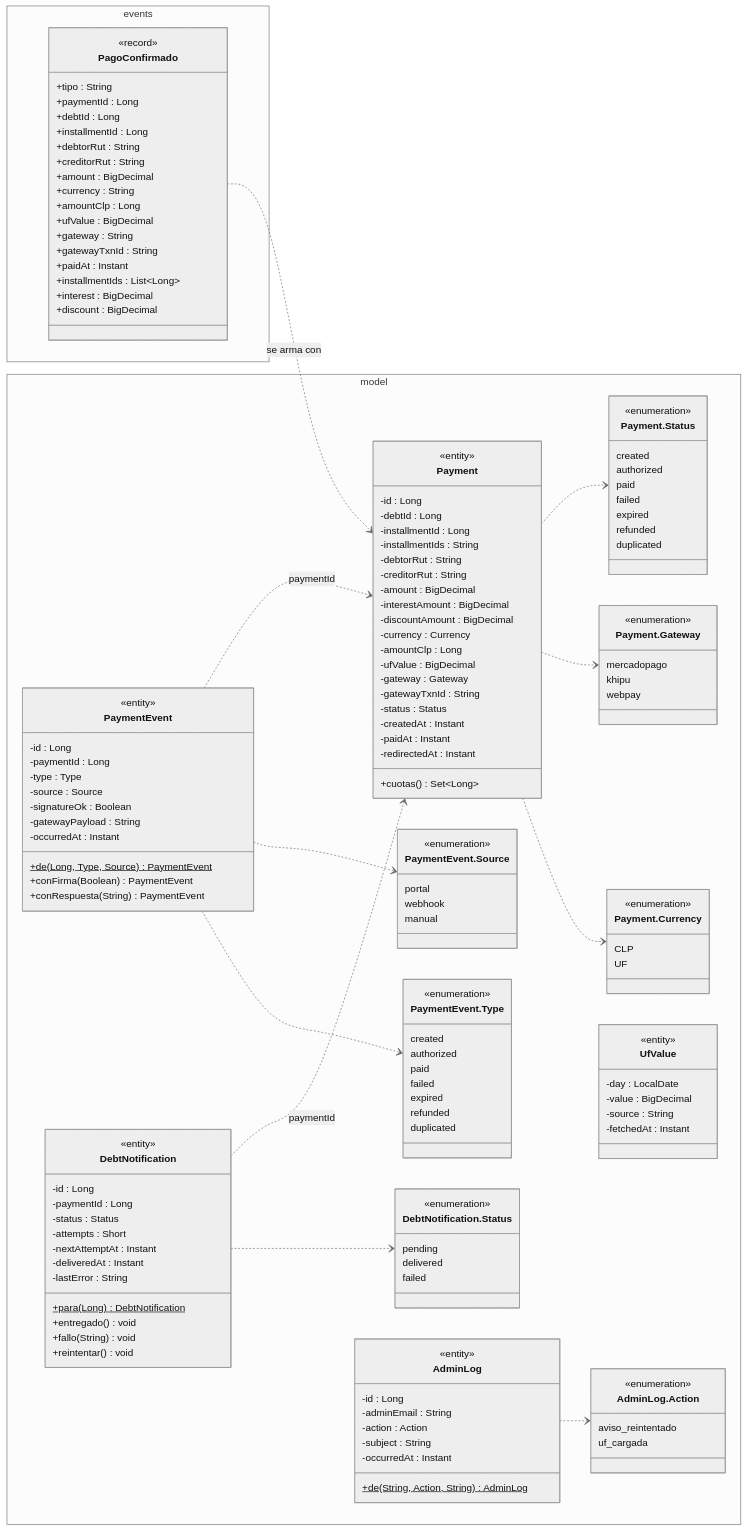
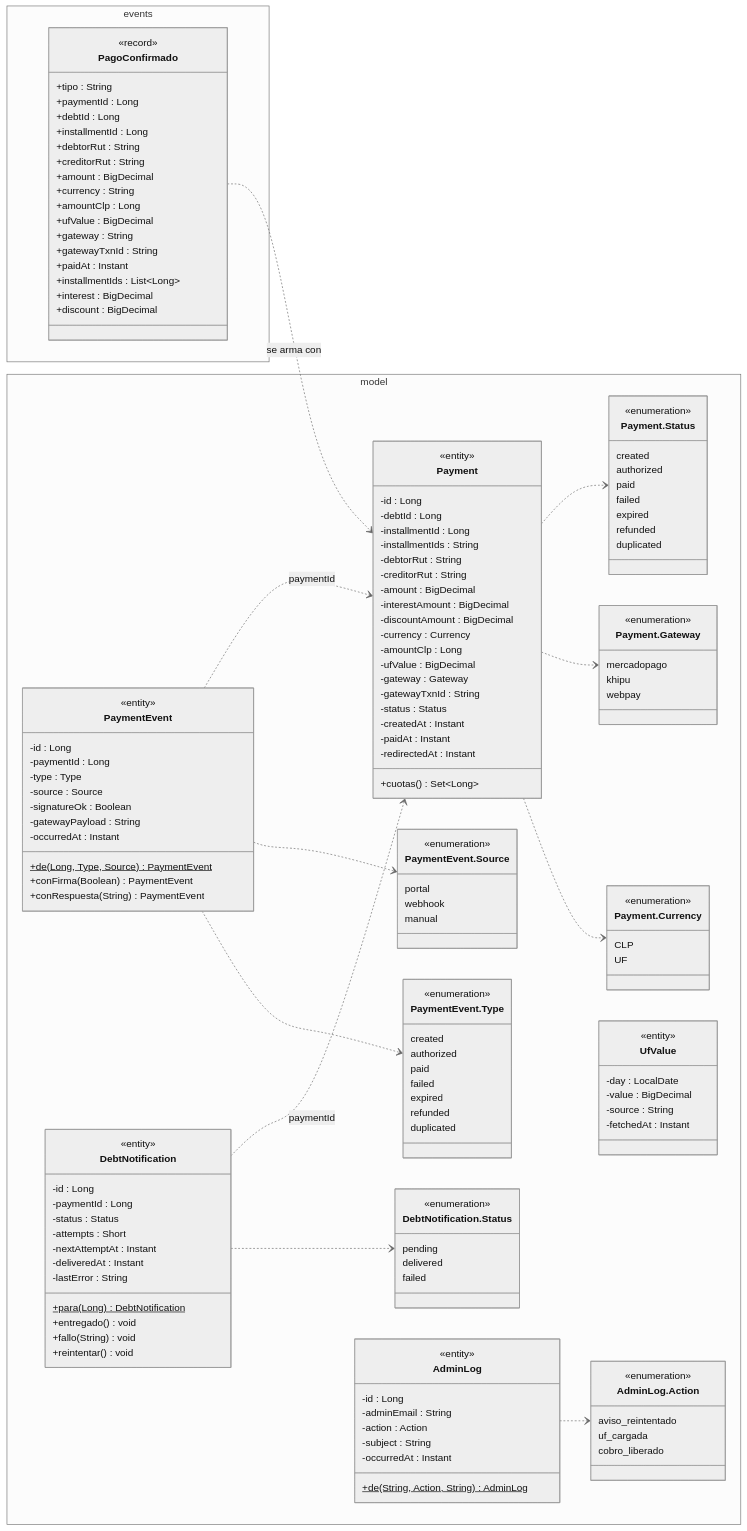
Before and after one commit to TechnicalBridge/DataBridge: diagram 13 of 18 in docs/diagramas/clases.md, drawn with Mermaid (neutral theme). The commit also changed 14 other files, not shown here.

```diff
--- a/docs/diagramas/clases.md
+++ b/docs/diagramas/clases.md
@@ -2499,6 +2499,7 @@
             <<enumeration>>
             aviso_reintentado
             uf_cargada
+            cobro_liberado
         }
     }
     namespace events {
```
